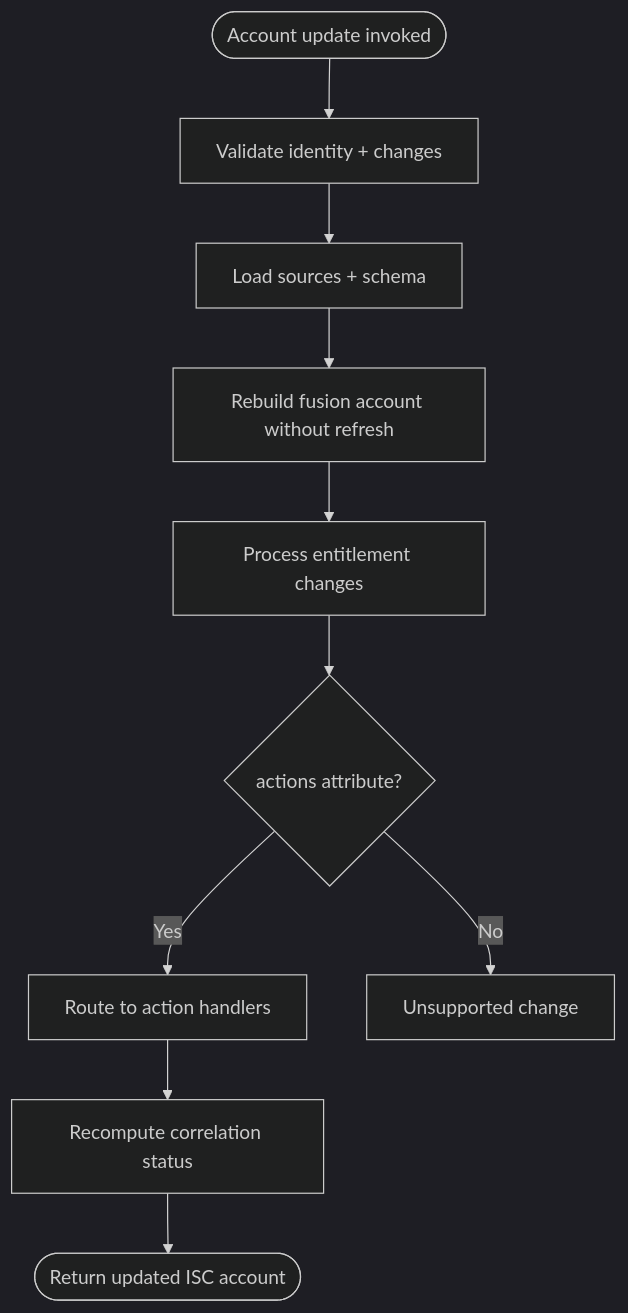
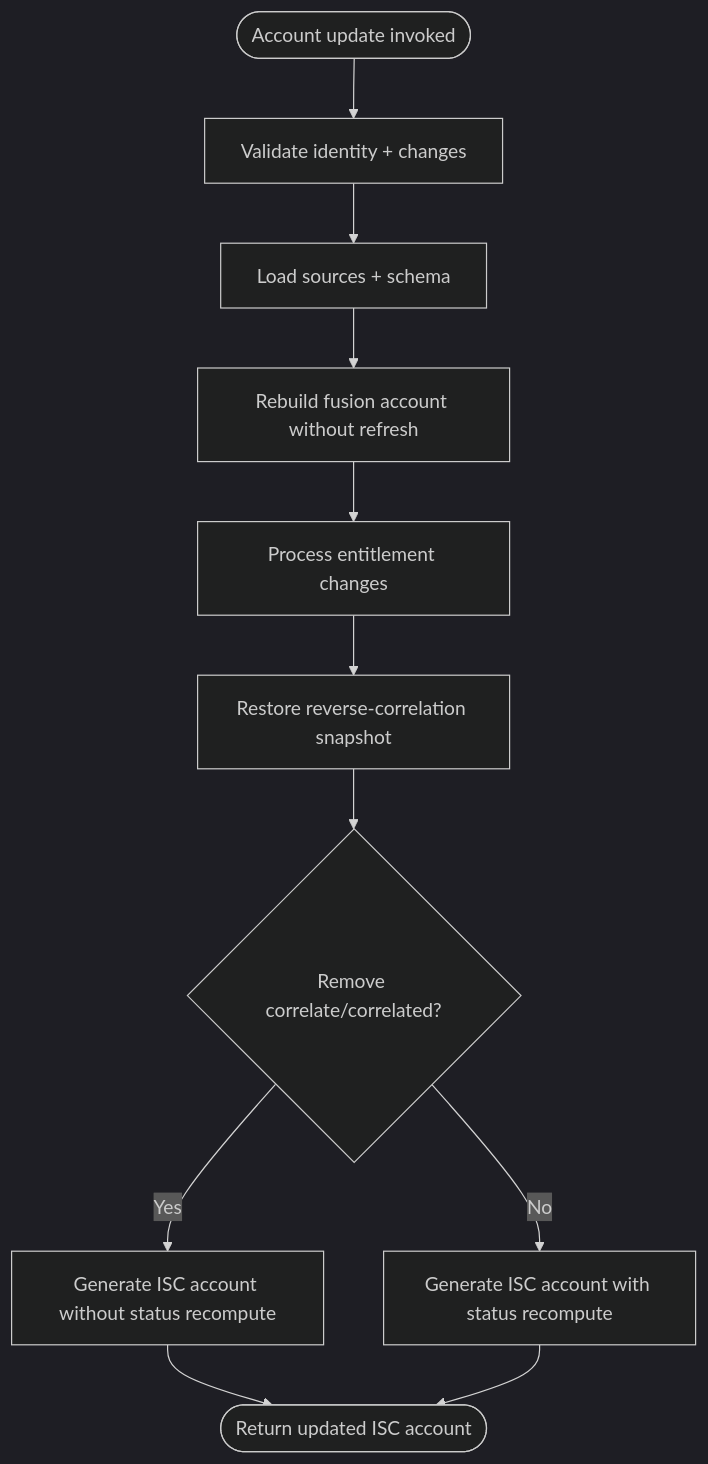
The diagram in docs/operations/account-update.md (fernando-delosrios-sp/colab-saas-conn-sailpoint-identity-fusion), drawn with Mermaid (dark theme) before and after one commit. The commit also changed other lines of this file and 5 other files, not shown here.

````diff
--- a/docs/operations/account-update.md
+++ b/docs/operations/account-update.md
@@ -9,12 +9,13 @@
 ```mermaid
 flowchart TD
     Start([Account update invoked]) --> Validate[Validate identity + changes]
     Validate --> Setup[Load sources + schema]
     Setup --> Rebuild[Rebuild fusion account without refresh]
     Rebuild --> Changes[Process entitlement changes]
-    Changes --> Actions{actions attribute?}
-    Actions -- Yes --> Dispatch[Route to action handlers]
-    Actions -- No --> Crash[Unsupported change]
-    Dispatch --> Status[Recompute correlation status]
-    Status --> Out([Return updated ISC account])
+    Changes --> Restore[Restore reverse-correlation snapshot]
+    Restore --> Output{Remove correlate/correlated?}
+    Output -- Yes --> SkipRecompute[Generate ISC account without status recompute]
+    Output -- No --> Recompute[Generate ISC account with status recompute]
+    SkipRecompute --> Done([Return updated ISC account])
+    Recompute --> Done
 ```
````
